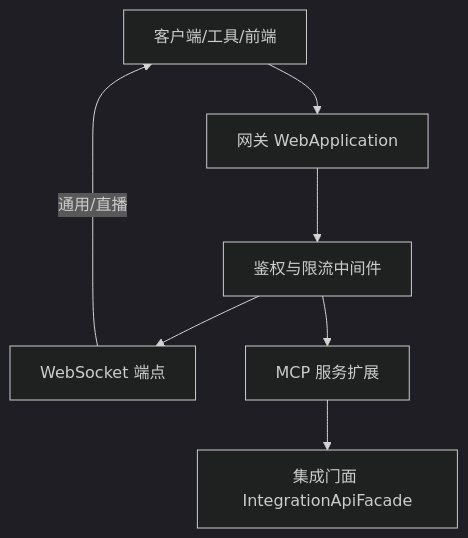
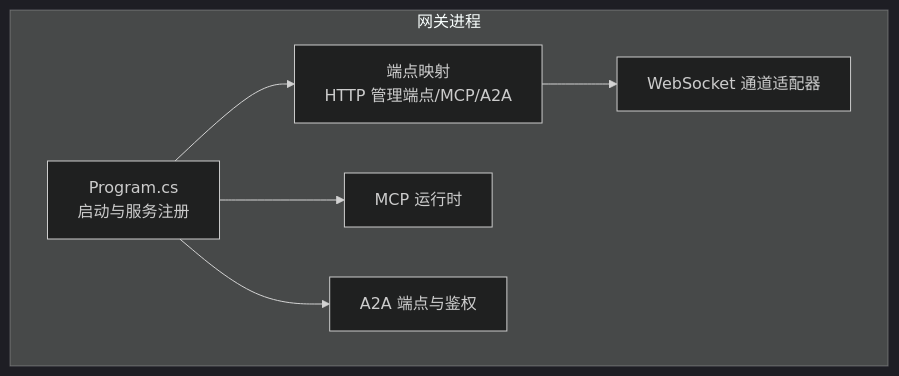
The first of 6 diagrams in .qoder/repowiki/zh/content/API 参考/API 参考.md (wayyet/kingcrab), drawn with Mermaid (dark theme) before and after one commit. The commit also changed other lines of this file and 173 other files, not shown here.

````diff
--- a/.qoder/repowiki/zh/content/API 参考/API 参考.md
+++ b/.qoder/repowiki/zh/content/API 参考/API 参考.md
@@ -109,15 +41,14 @@
 ```mermaid
 graph TB
-Client["客户端/工具/前端"]
-GW["网关 WebApplication"]
-Sec["鉴权与限流中间件"]
-WS["WebSocket 端点"]
-MCP["MCP 服务扩展"]
-Facade["集成门面 IntegrationApiFacade"]
-Client --> GW
-GW --> Sec
-Sec --> WS
-Sec --> MCP
-MCP --> Facade
-WS --> |"通用/直播"| Client
+subgraph "网关进程"
+P["Program.cs<br/>启动与服务注册"]
+E["端点映射<br/>HTTP 管理端点/MCP/A2A"]
+WS["WebSocket 通道适配器"]
+MCP["MCP 运行时"]
+A2A["A2A 端点与鉴权"]
+end
+P --> E
+P --> MCP
+P --> A2A
+E --> WS
 ```
````
